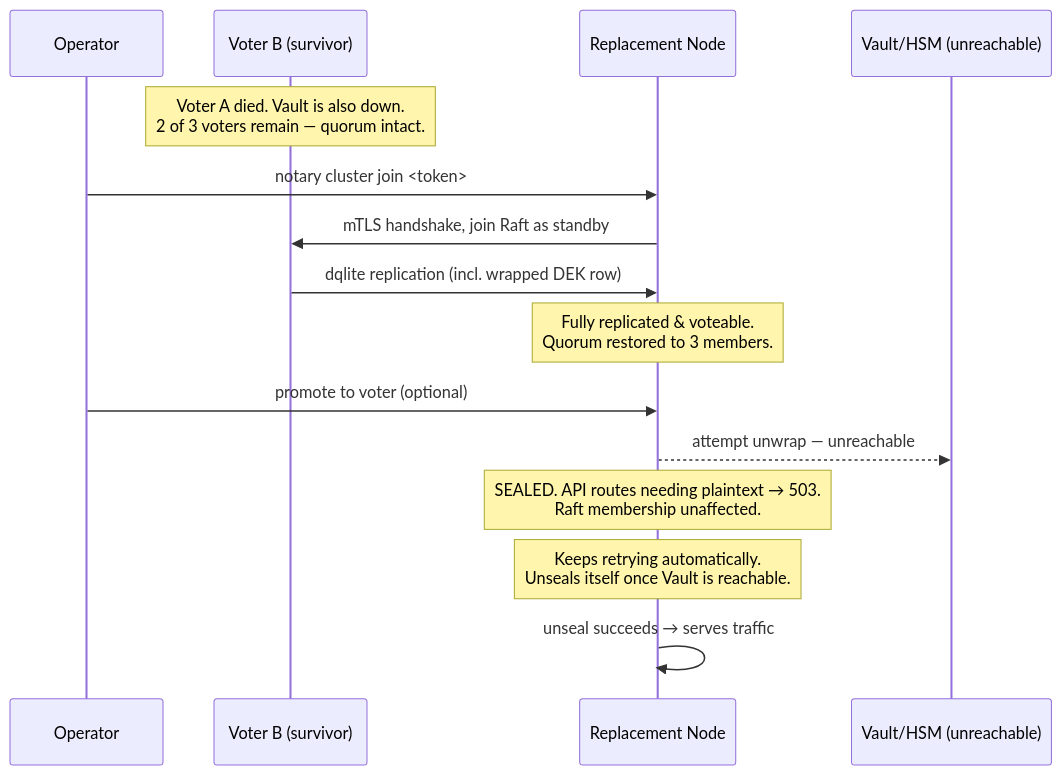
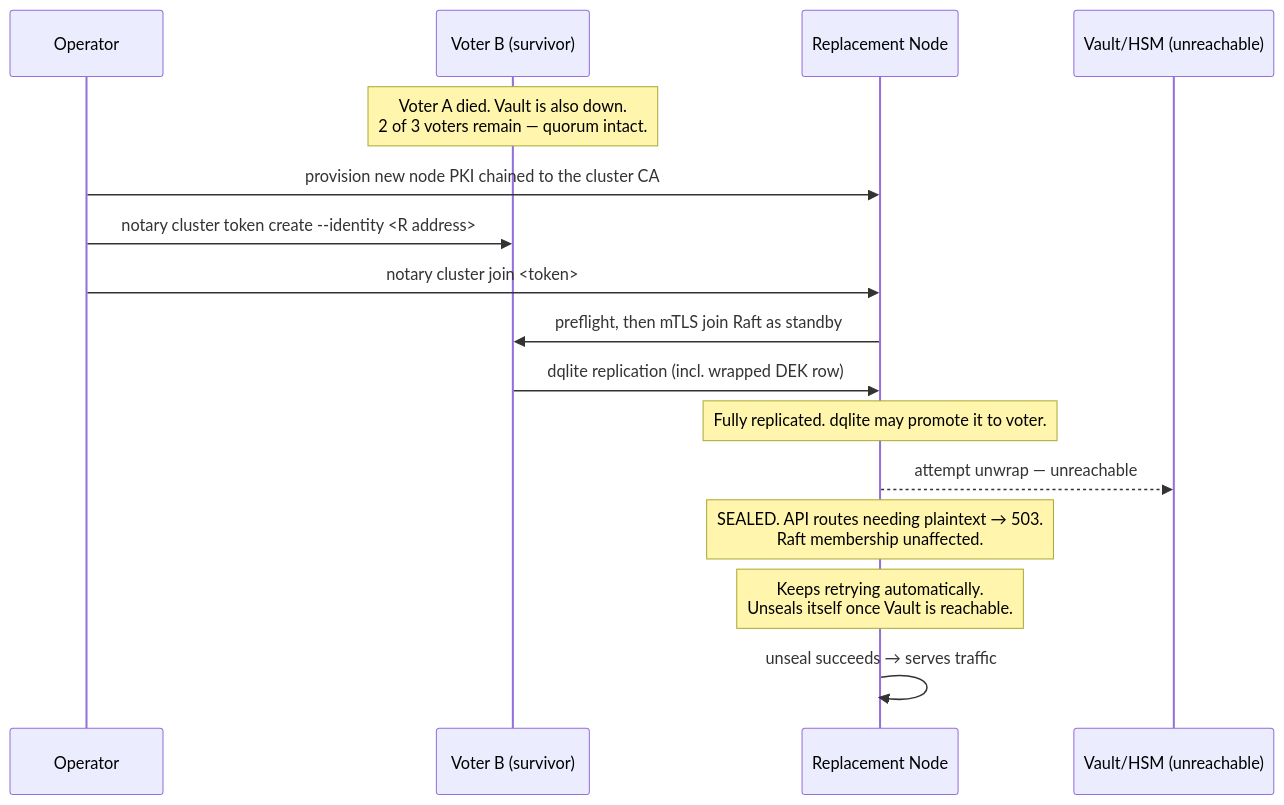
The fourth of 4 diagrams in specs/001-dqlite-ha-clustering/spec.md (canonical/notary), drawn with Mermaid before and after one commit. The commit also changed other lines of this file and 3 other files, not shown here.

First line of the commit message:
docs(cluster): reduce the first HA release to provisioned PKI

````diff
--- a/specs/001-dqlite-ha-clustering/spec.md
+++ b/specs/001-dqlite-ha-clustering/spec.md
@@ -422,18 +479,19 @@
 ```mermaid
 sequenceDiagram
     participant Op as Operator
     participant B as Voter B (survivor)
     participant R as Replacement Node
     participant K as Vault/HSM (unreachable)
 
     Note over B: Voter A died. Vault is also down.<br/>2 of 3 voters remain — quorum intact.
+    Op->>R: provision new node PKI chained to the cluster CA
+    Op->>B: notary cluster token create --identity <R address>
     Op->>R: notary cluster join <token>
-    R->>B: mTLS handshake, join Raft as standby
+    R->>B: preflight, then mTLS join Raft as standby
     B->>R: dqlite replication (incl. wrapped DEK row)
-    Note over R: Fully replicated & voteable.<br/>Quorum restored to 3 members.
-    Op->>R: promote to voter (optional)
+    Note over R: Fully replicated. dqlite may promote it to voter.
     R-->>K: attempt unwrap — unreachable
     Note over R: SEALED. API routes needing plaintext → 503.<br/>Raft membership unaffected.
     Note over R: Keeps retrying automatically.<br/>Unseals itself once Vault is reachable.
     R->>R: unseal succeeds → serves traffic
 ```
````
